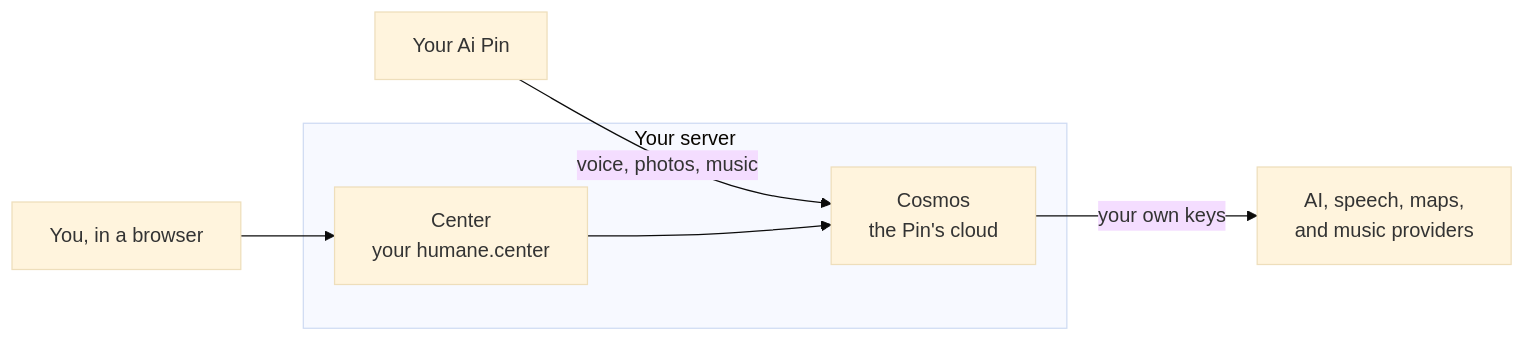
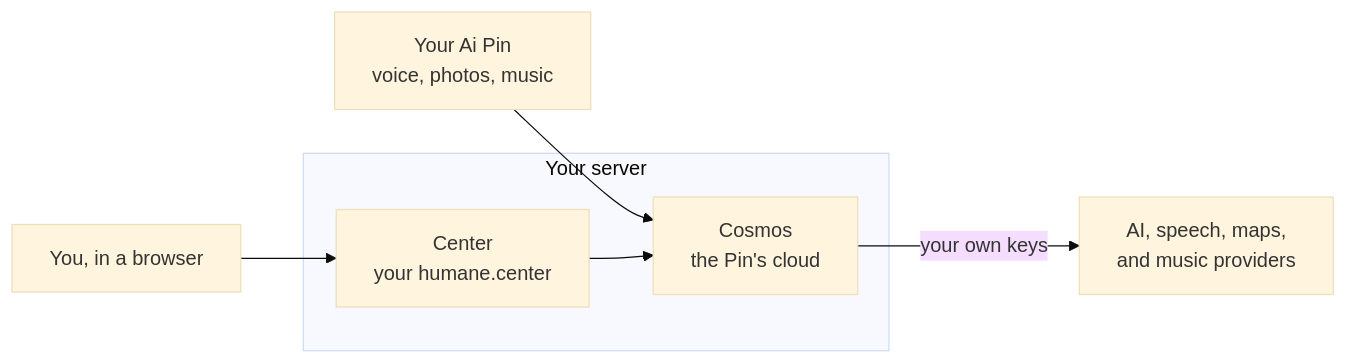
The first of 2 diagrams in README.md (TheAndersMadsen/luma), drawn with Mermaid (base theme) before and after one commit.

Commit message:
Keep the README diagram's Pin label off the server box

````diff
--- a/README.md
+++ b/README.md
@@ -37,9 +37,9 @@
 ```mermaid
 flowchart LR
-    Pin["Your Ai Pin"] -->|voice, photos, music| Cosmos
+    Pin["Your Ai Pin<br/>voice, photos, music"] --> Cosmos
     You["You, in a browser"] --> Center
     subgraph Server["Your server"]
         Center["Center<br/>your humane.center"] --> Cosmos["Cosmos<br/>the Pin's cloud"]
     end
     Cosmos -->|your own keys| Providers["AI, speech, maps,<br/>and music providers"]
 ```
````
